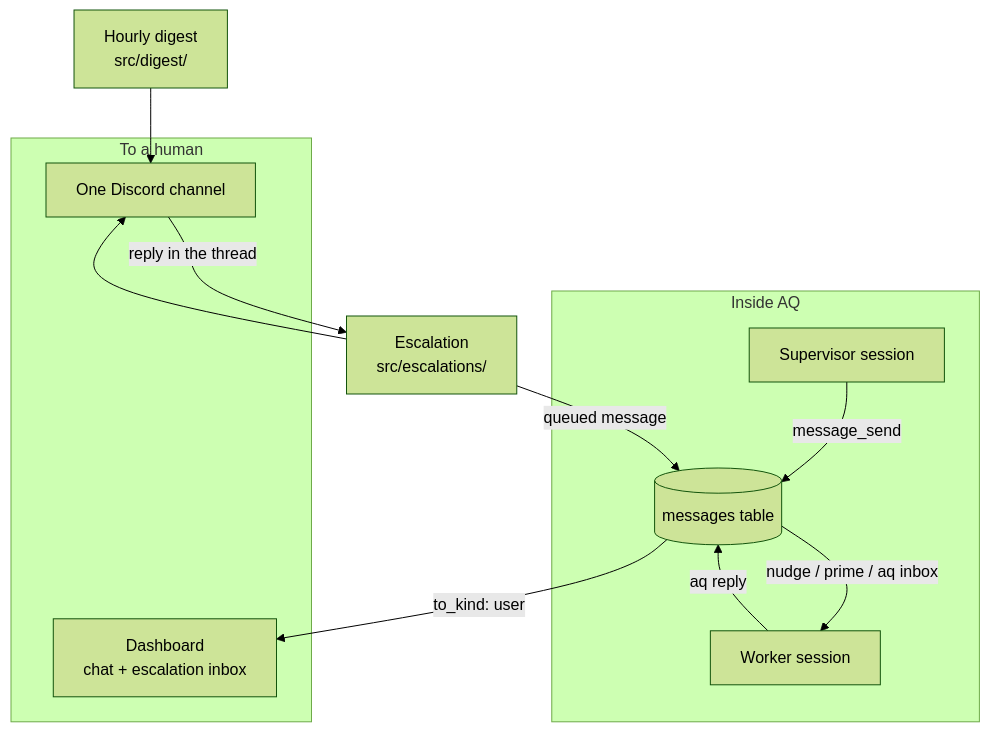
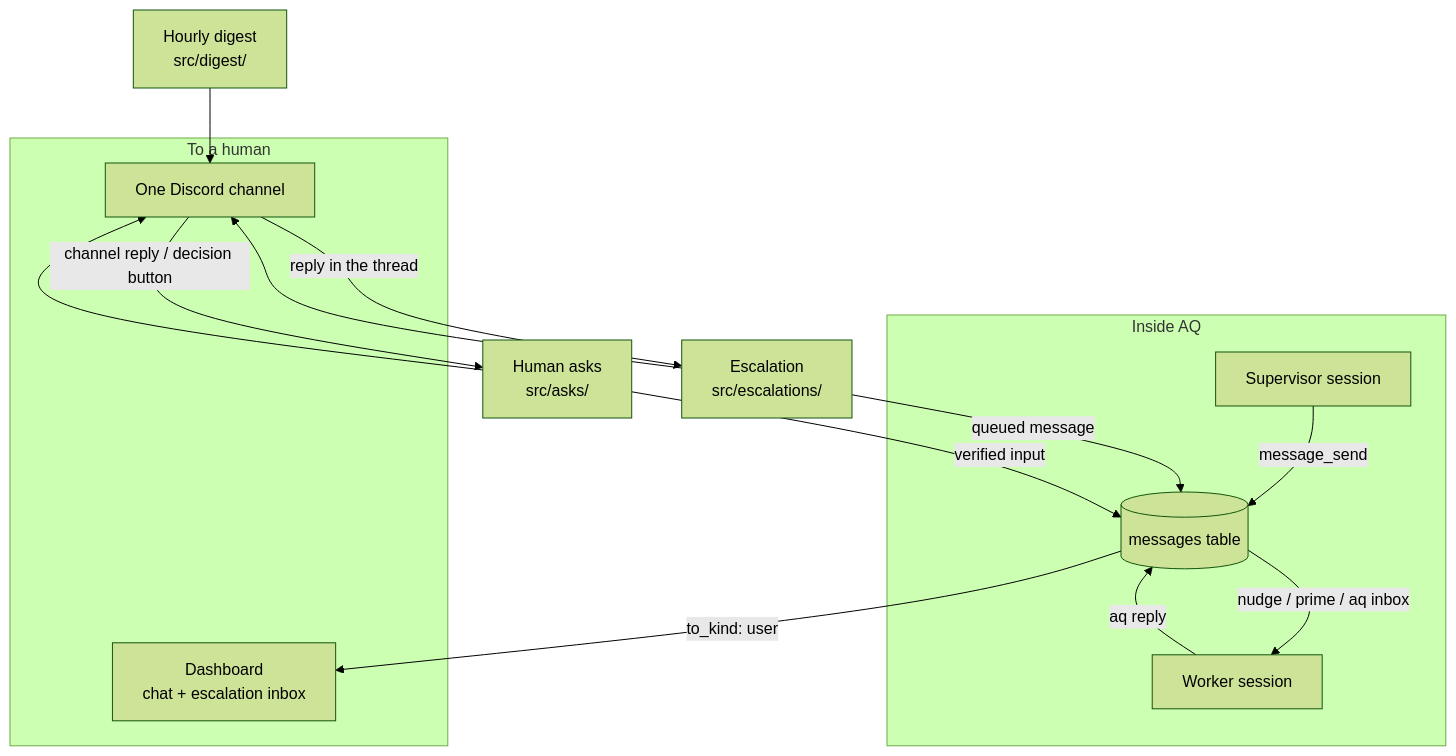
The first of 2 diagrams in docs/concepts/messaging.md (ElectricJack/agent-queue), drawn with Mermaid (forest theme) before and after one commit. The commit also changed other lines of this file and 16 other files, not shown here.

Commit message:
docs: reconcile messaging and human asks with current dev

````diff
--- a/docs/concepts/messaging.md
+++ b/docs/concepts/messaging.md
@@ -76,20 +73,23 @@
 ```mermaid
 flowchart TD
   subgraph inside["Inside AQ"]
     S["Supervisor session"]
     W["Worker session"]
     Q[("messages table")]
     S -- "message_send" --> Q
     Q -- "nudge / prime / aq inbox" --> W
     W -- "aq reply" --> Q
   end
   subgraph outside["To a human"]
     D["Dashboard<br/>chat + escalation inbox"]
     C["One Discord channel"]
   end
   Q -- "to_kind: user" --> D
   DIG["Hourly digest<br/>src/digest/"] --> C
   ESC["Escalation<br/>src/escalations/"] --> C
   C -- "reply in the thread" --> ESC
   ESC -- "queued message" --> Q
+  ASK["Human asks<br/>src/asks/"] --> C
+  C -- "channel reply / decision button" --> ASK
+  ASK -- "verified input" --> Q
 ```
````
